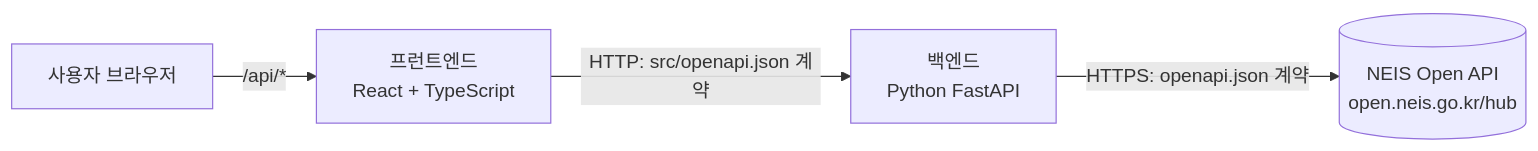
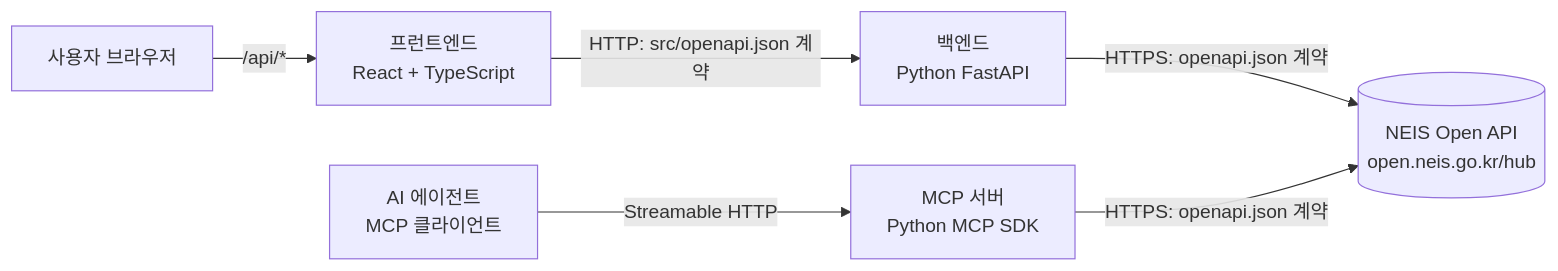
The first of 2 diagrams in TRD.md (hahaysh/battle-school-lunch-workshop), drawn with Mermaid before and after one commit. The commit also changed other lines of this file and 15 other files, not shown here.

First line of the commit message:
MCP 서버 추가: NEIS 학교 검색·중식 급식 조회 도구 제공

````diff
--- a/TRD.md
+++ b/TRD.md
@@ -7,6 +7,8 @@
 ```mermaid
 flowchart LR
     U[사용자 브라우저] -->|/api/*| FE[프런트엔드<br/>React + TypeScript]
     FE -->|HTTP: src/openapi.json 계약| BE[백엔드<br/>Python FastAPI]
     BE -->|HTTPS: openapi.json 계약| NEIS[(NEIS Open API<br/>open.neis.go.kr/hub)]
+    AG[AI 에이전트<br/>MCP 클라이언트] -->|Streamable HTTP| MCP[MCP 서버<br/>Python MCP SDK]
+    MCP -->|HTTPS: openapi.json 계약| NEIS
 ```
````
